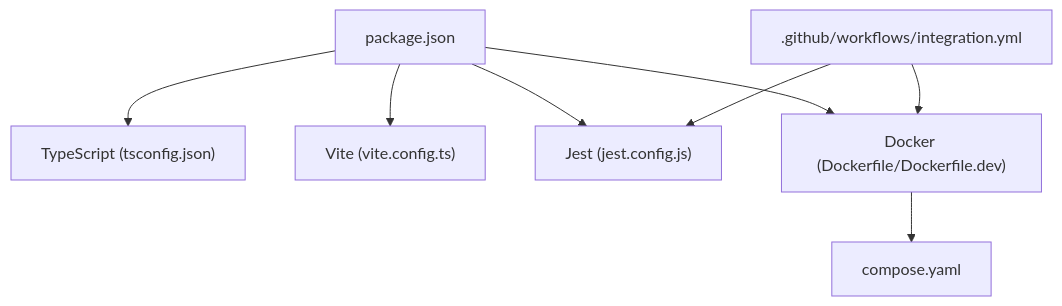
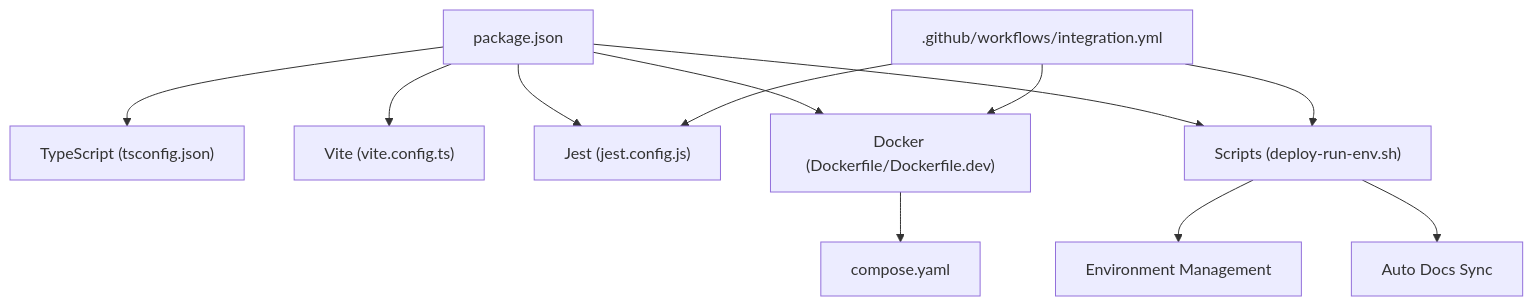
Before and after one commit to debian777/kairos-mcp: the eighth of 8 diagrams in .qoder/repowiki/en/content/Contributing & Development.md, drawn with Mermaid. The commit also changed other lines of this file and 17 other files, not shown here.

````diff
--- a/.qoder/repowiki/en/content/Contributing & Development.md
+++ b/.qoder/repowiki/en/content/Contributing & Development.md
@@ -298,10 +344,14 @@
 ```mermaid
 graph TB
 P["package.json"] --> T["TypeScript (tsconfig.json)"]
 P --> V["Vite (vite.config.ts)"]
 P --> J["Jest (jest.config.js)"]
 P --> D["Docker (Dockerfile/Dockerfile.dev)"]
+P --> S["Scripts (deploy-run-env.sh)"]
 D --> C["compose.yaml"]
 W[".github/workflows/integration.yml"] --> D
 W --> J
+W --> S
+S --> E["Environment Management"]
+S --> A["Auto Docs Sync"]
 ```
````
